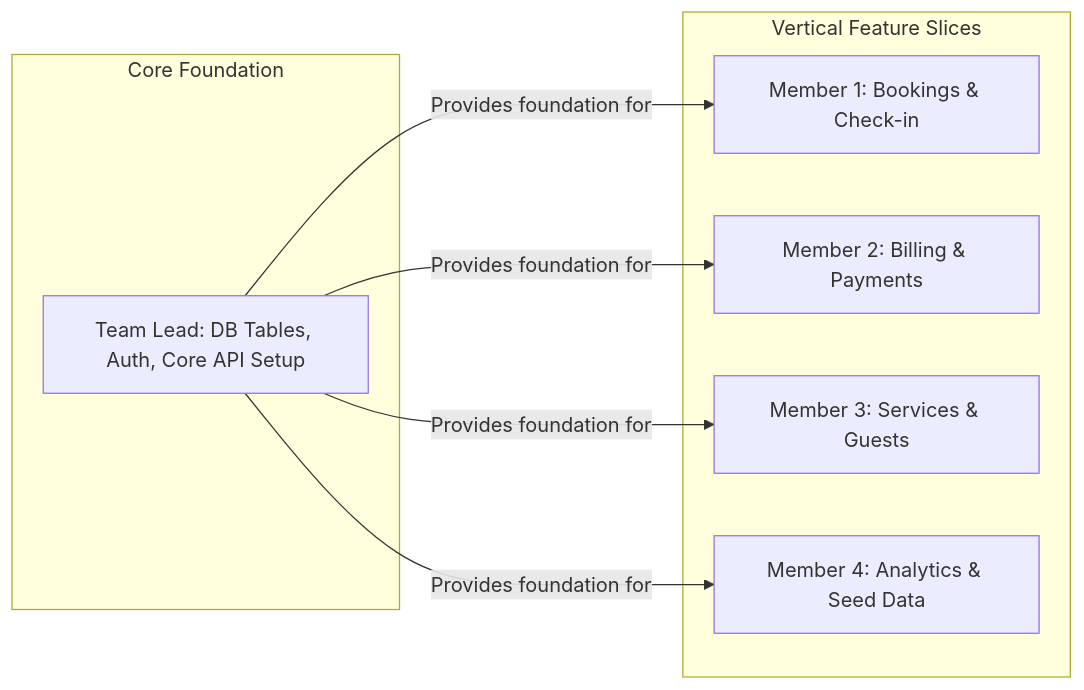
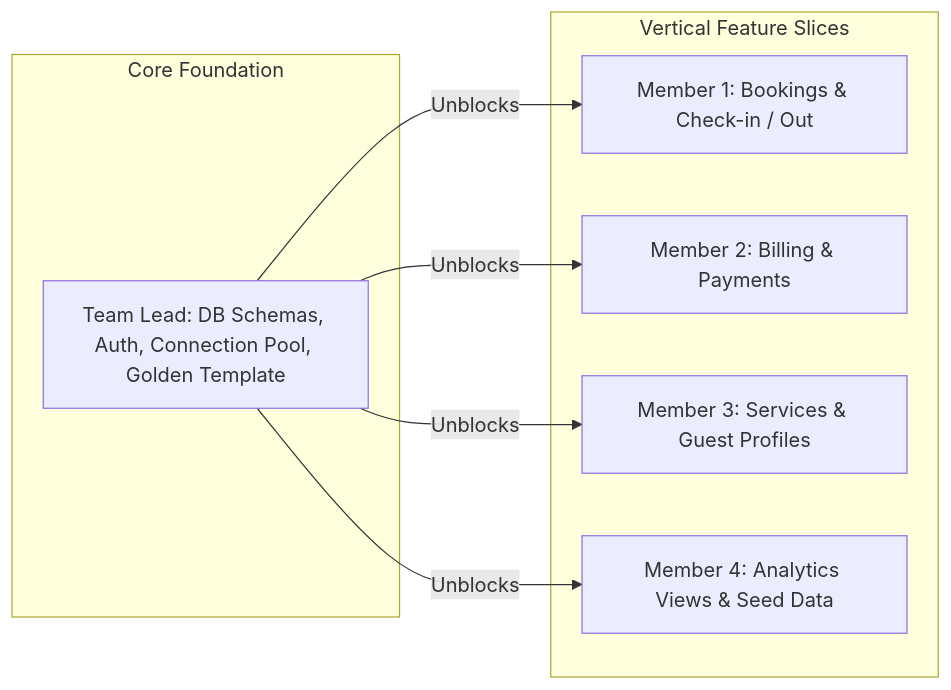
Before and after one commit to SithumDFernando/Hotel_Management_System_DB_G33: the second of 2 diagrams in docs/work/architecture.md, drawn with Mermaid. The commit also changed other lines of this file and 8 other files, not shown here.

Commit message:
docs: streamline README, add setup & learning guides, and update member assignments

````diff
--- a/docs/work/architecture.md
+++ b/docs/work/architecture.md
@@ -53,18 +76,18 @@
 ```mermaid
 graph LR
     subgraph Core Foundation
-        TL[Team Lead: DB Tables, Auth, Core API Setup]
+        TL[Team Lead: DB Schemas, Auth, Connection Pool, Golden Template]
     end
 
     subgraph Vertical Feature Slices
-        M1[Member 1: Bookings & Check-in]
+        M1[Member 1: Bookings & Check-in / Out]
         M2[Member 2: Billing & Payments]
-        M3[Member 3: Services & Guests]
-        M4[Member 4: Analytics & Seed Data]
+        M3[Member 3: Services & Guest Profiles]
+        M4[Member 4: Analytics Views & Seed Data]
     end
     
-    TL -->|Provides foundation for| M1
-    TL -->|Provides foundation for| M2
-    TL -->|Provides foundation for| M3
-    TL -->|Provides foundation for| M4
+    TL -->|Unblocks| M1
+    TL -->|Unblocks| M2
+    TL -->|Unblocks| M3
+    TL -->|Unblocks| M4
 ```
````
